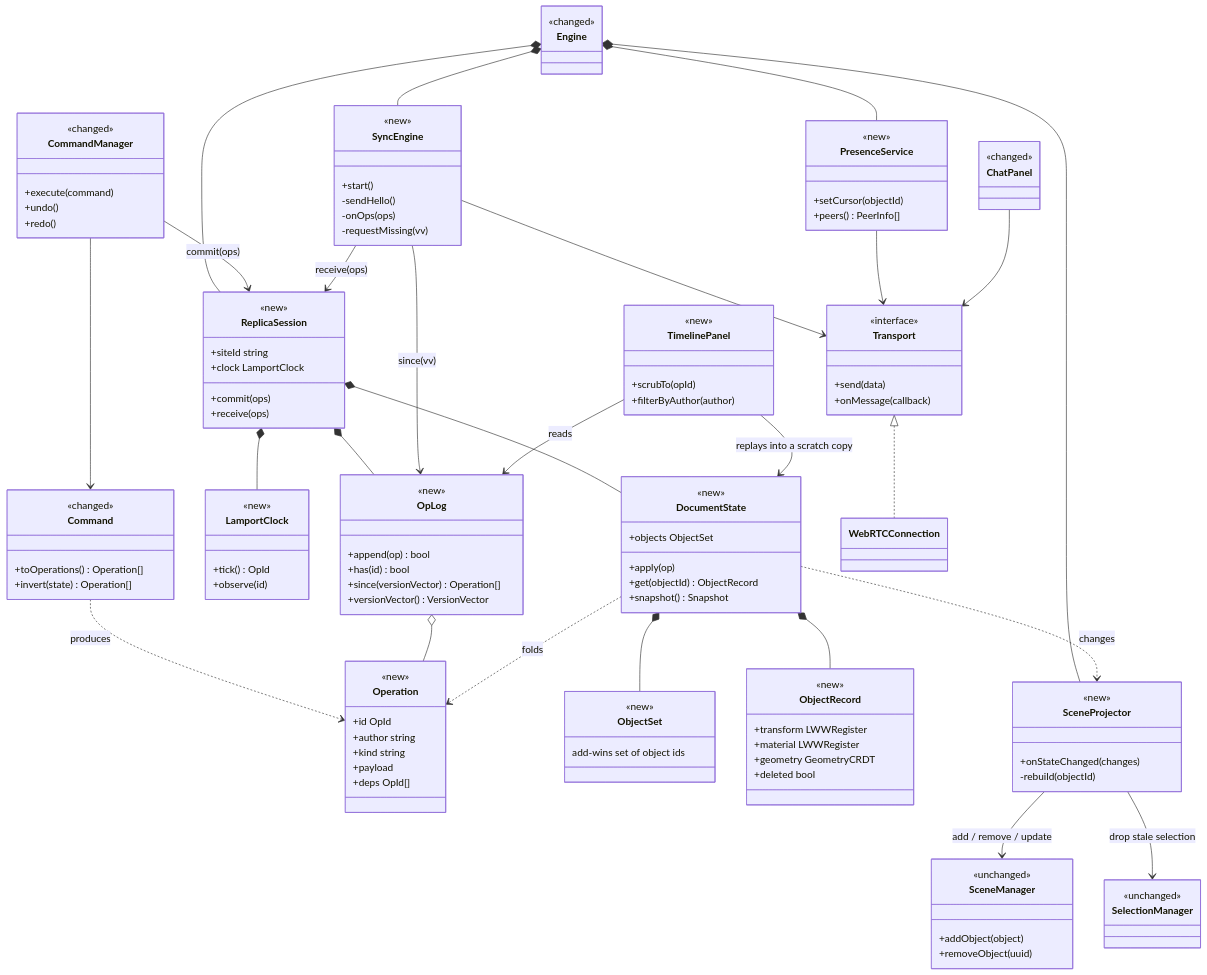
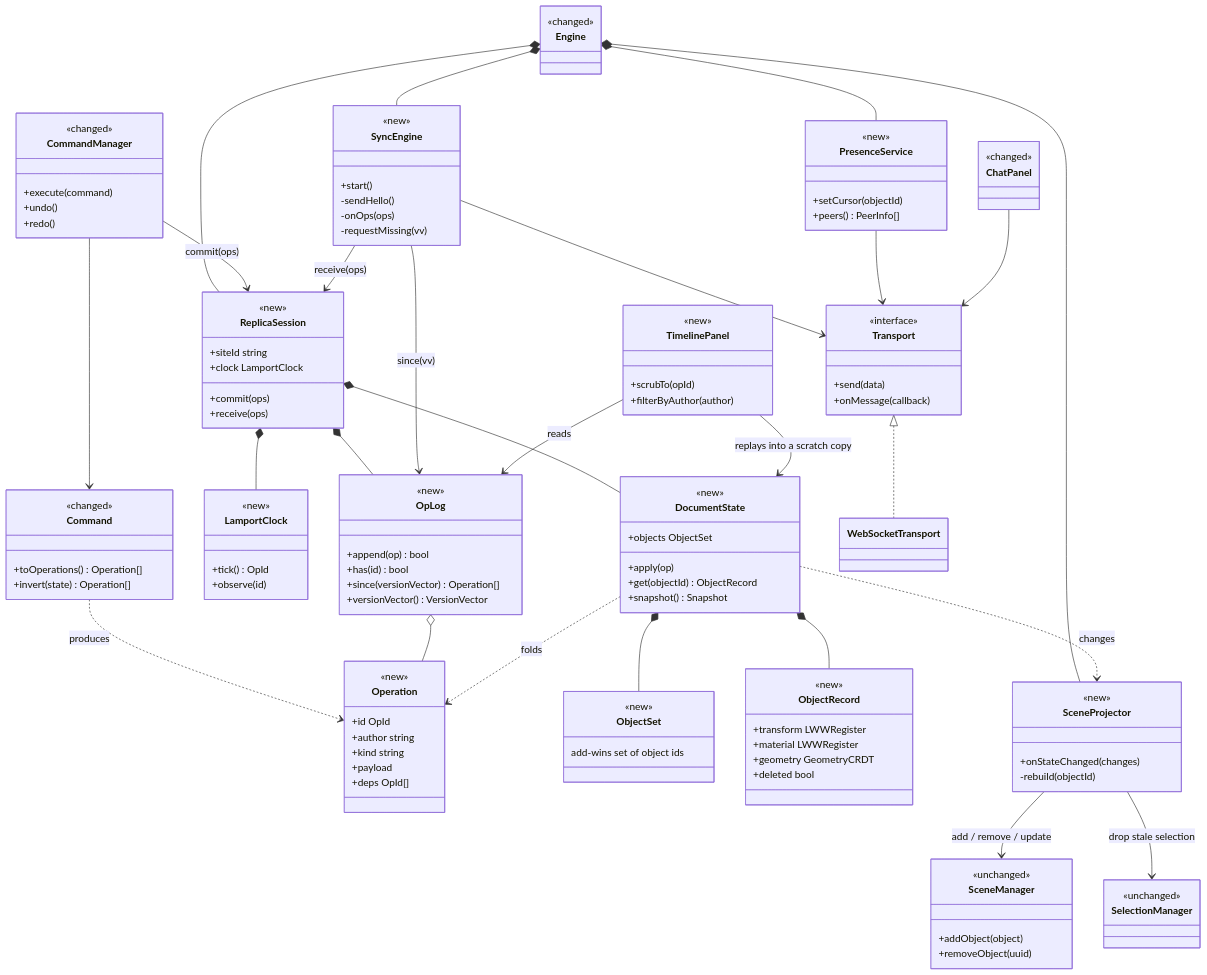
One commit to ssugary/BlenderPDS changed the first of 3 diagrams in frontend/docs/crdt-architecture.md. Above: the diagram before and after it, drawn with Mermaid. The commit also changed other lines of this file and 11 other files, not shown here.

```diff
--- a/frontend/docs/crdt-architecture.md
+++ b/frontend/docs/crdt-architecture.md
@@ -102,7 +102,7 @@
     +send(data)
     +onMessage(callback)
 }
-class WebRTCConnection
+class WebSocketTransport
 class PresenceService {
     <<new>>
     +setCursor(objectId)
@@ -141,7 +141,7 @@
 SyncEngine --> ReplicaSession : receive(ops)
 SyncEngine --> OpLog : since(vv)
 SyncEngine --> Transport
-Transport <|.. WebRTCConnection
+Transport <|.. WebSocketTransport
 PresenceService --> Transport
 ChatPanel --> Transport
 TimelinePanel --> OpLog : reads
```
